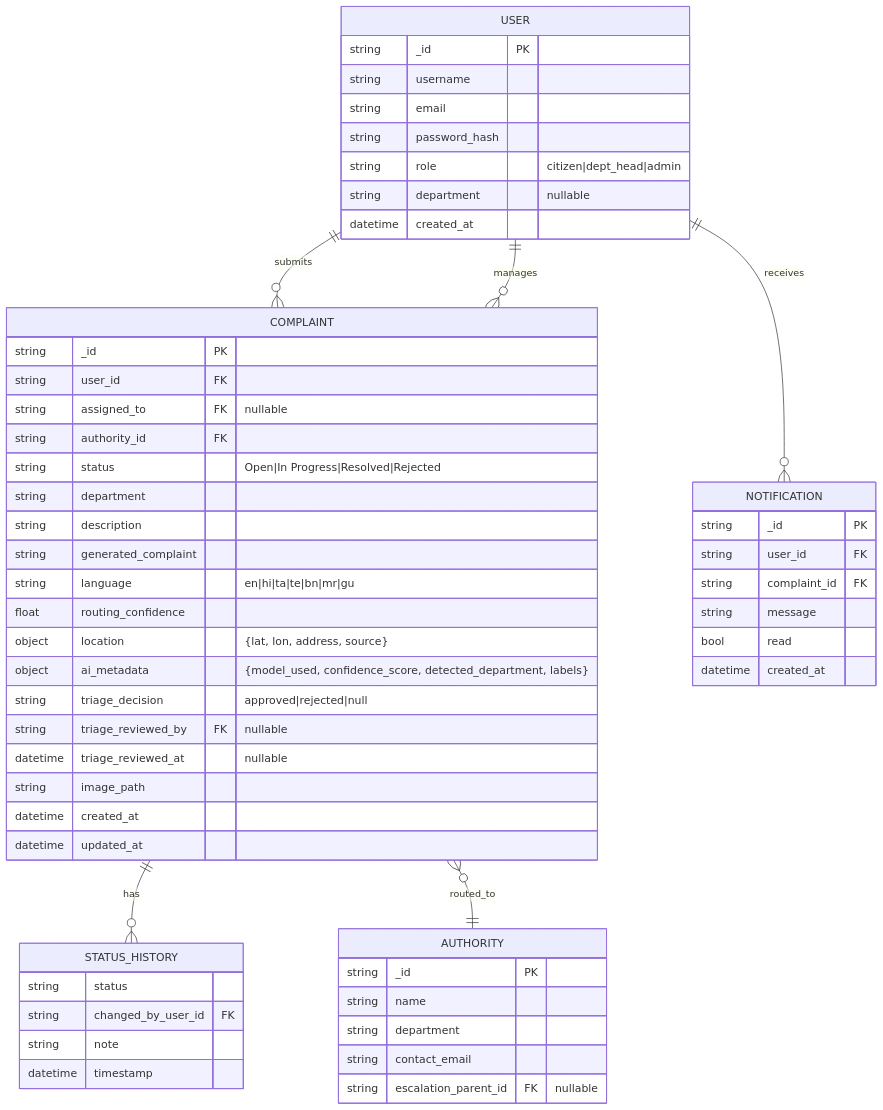
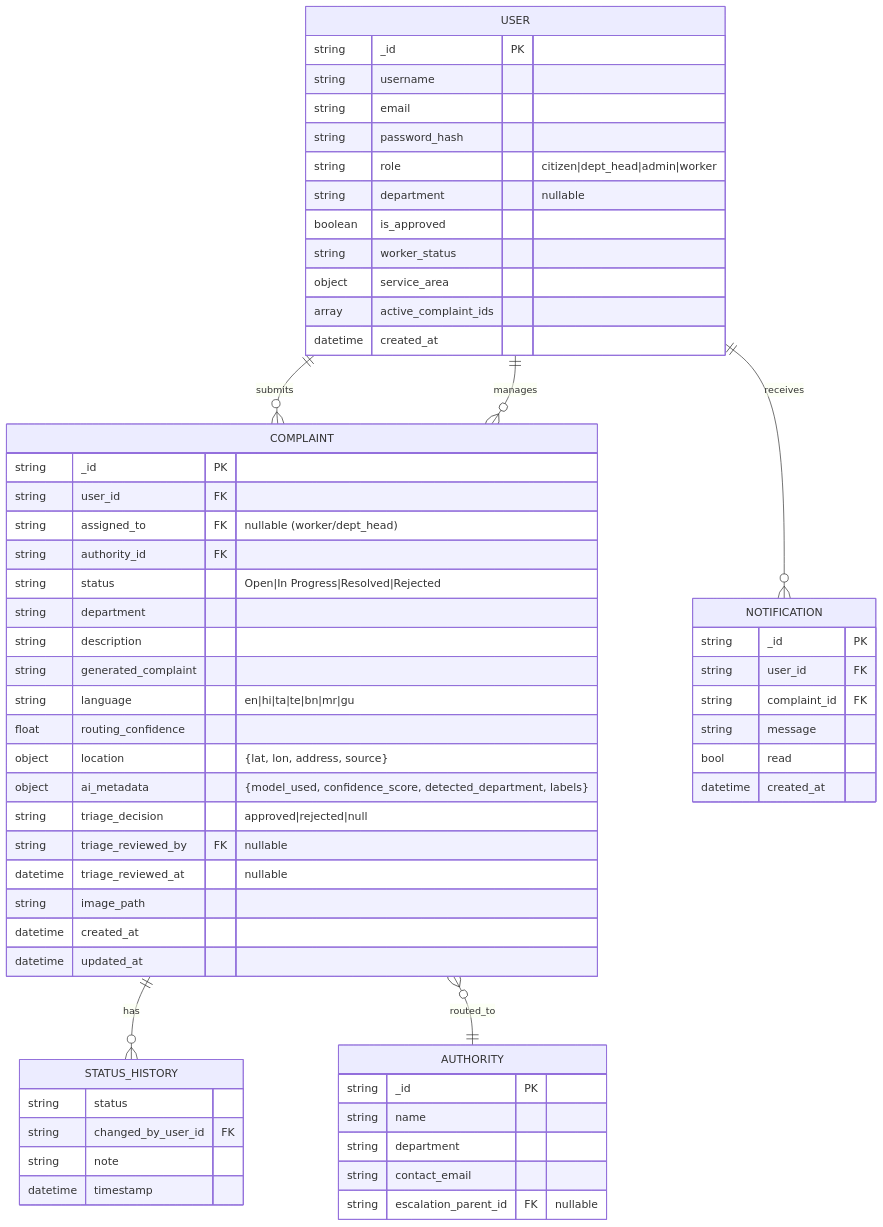
One commit to ark5234/Jan-Sunwai-AI changed the second of 8 diagrams in docs/PROJECT_REPORT.md. Above: the diagram before and after it, drawn with Mermaid. The commit also changed other lines of this file and 2 other files, not shown here.

Commit message:
docs: Add initial project report, project synopsis, and system architecture documentation.

````diff
--- a/docs/PROJECT_REPORT.md
+++ b/docs/PROJECT_REPORT.md
@@ -534,63 +537,67 @@
 ```mermaid
 erDiagram
     USER ||--o{ COMPLAINT : submits
     USER ||--o{ COMPLAINT : manages
     USER ||--o{ NOTIFICATION : receives
     COMPLAINT ||--o{ STATUS_HISTORY : has
     COMPLAINT }o--|| AUTHORITY : routed_to
 
     USER {
         string _id PK
         string username
         string email
         string password_hash
-        string role "citizen|dept_head|admin"
+        string role "citizen|dept_head|admin|worker"
         string department "nullable"
+        boolean is_approved
+        string worker_status
+        object service_area
+        array active_complaint_ids
         datetime created_at
     }
 
     COMPLAINT {
         string _id PK
         string user_id FK
-        string assigned_to FK "nullable"
+        string assigned_to FK "nullable (worker/dept_head)"
         string authority_id FK
         string status "Open|In Progress|Resolved|Rejected"
         string department
         string description
         string generated_complaint
         string language "en|hi|ta|te|bn|mr|gu"
         float routing_confidence
         object location "{lat, lon, address, source}"
         object ai_metadata "{model_used, confidence_score, detected_department, labels}"
         string triage_decision "approved|rejected|null"
         string triage_reviewed_by FK "nullable"
         datetime triage_reviewed_at "nullable"
         string image_path
         datetime created_at
         datetime updated_at
     }
 
     STATUS_HISTORY {
         string status
         string changed_by_user_id FK
         string note
         datetime timestamp
     }
 
     NOTIFICATION {
         string _id PK
         string user_id FK
         string complaint_id FK
         string message
         bool read
         datetime created_at
     }
 
     AUTHORITY {
         string _id PK
         string name
         string department
         string contact_email
         string escalation_parent_id FK "nullable"
     }
 ```
````
